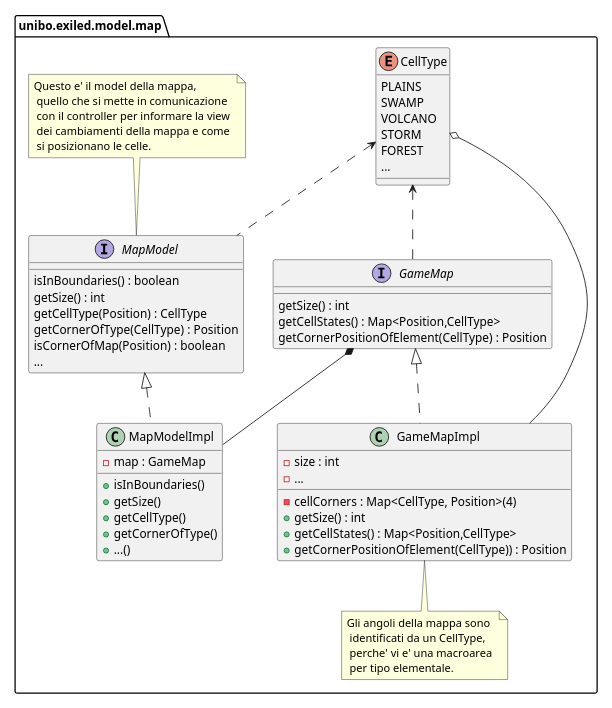
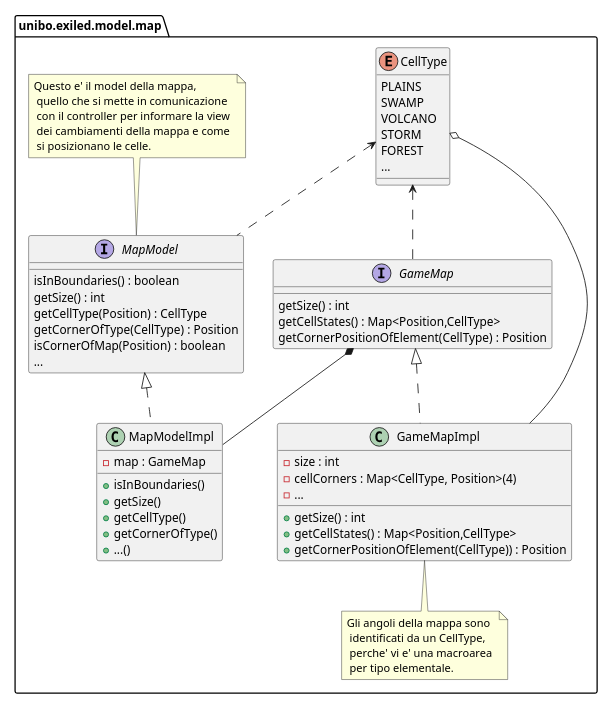
One commit to unibo-oop-projects/OOP23-Baldoni-Beylax-Casadei-MarcoMagnani03-Pazzaglia-exiled changed the diagram in docs/map/exiled-map-uml.puml. Above: the diagram before and after it, drawn with PlantUML. The commit also changed 4 other files, not shown here.

```diff
--- a/docs/map/exiled-map-uml.puml
+++ b/docs/map/exiled-map-uml.puml
@@ -1,49 +1,49 @@
 @startuml
 scale 0.60
 set separator none
 package unibo.exiled.model.map{
     interface GameMap{
         getSize() : int
         getCellStates() : Map<Position,CellType>
         getCornerPositionOfElement(CellType) : Position
     }
     class GameMapImpl implements GameMap{
         - size : int
-        - cellCorners : Map<CellType, Position>(4)
+        - {field} cellCorners : Map<CellType, Position>(4)
         -...
         + getSize() : int
         + getCellStates() : Map<Position,CellType>
         + getCornerPositionOfElement(CellType)) : Position
     }
     note bottom : Gli angoli della mappa sono \n identificati da un CellType, \n perche' vi e' una macroarea \n per tipo elementale.
     enum CellType{
         PLAINS
         SWAMP
         VOLCANO
         STORM
         FOREST
         ...
     }
     interface MapModel{
         isInBoundaries() : boolean
         getSize() : int
         getCellType(Position) : CellType
         getCornerOfType(CellType) : Position
         isCornerOfMap(Position) : boolean
         {method} ...
     }
     note top : Questo e' il model della mappa,\n quello che si mette in comunicazione \n con il controller per informare la view \n dei cambiamenti della mappa e come \n si posizionano le celle.
     class MapModelImpl implements MapModel{
         - map : GameMap
         + isInBoundaries()
         + getSize()
         + getCellType()
         + getCornerOfType()
         + ...()
     }
 }
 CellType <.. GameMap
 CellType o-- GameMapImpl
 CellType <.. MapModel
 GameMap *-- MapModelImpl
 @enduml
```
